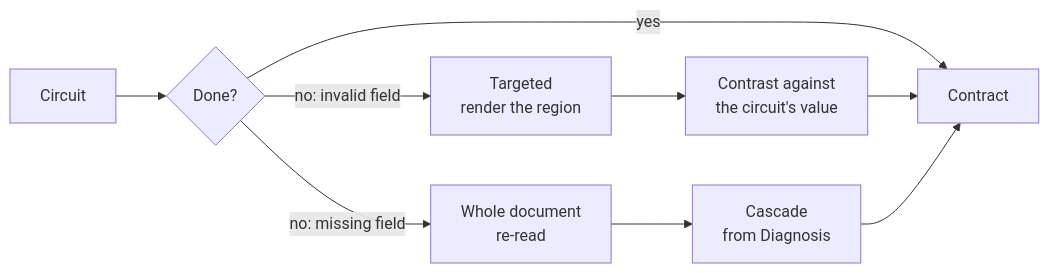
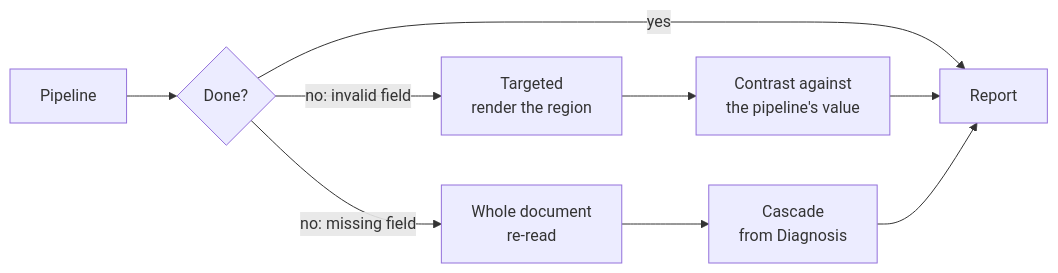
One commit to mariogarcia-ar/docflow changed the fifth of 5 diagrams in workflow.md. Above: the diagram before and after it, drawn with Mermaid. The commit also changed other lines of this file, not shown here.

````diff
--- a/workflow.md
+++ b/workflow.md
@@ -246,11 +239,11 @@
 ```mermaid
 graph LR
-    A["Circuit"] --> B{"Done?"}
-    B -->|"yes"| C["Contract"]
+    A["Pipeline"] --> B{"Done?"}
+    B -->|"yes"| C["Report"]
     B -->|"no: invalid field"| D["Targeted<br/>render the region"]
     B -->|"no: missing field"| E["Whole document<br/>re-read"]
-    D --> F["Contrast against<br/>the circuit's value"]
+    D --> F["Contrast against<br/>the pipeline's value"]
     E --> G["Cascade<br/>from Diagnosis"]
     F --> C
     G --> C
 ```
````
